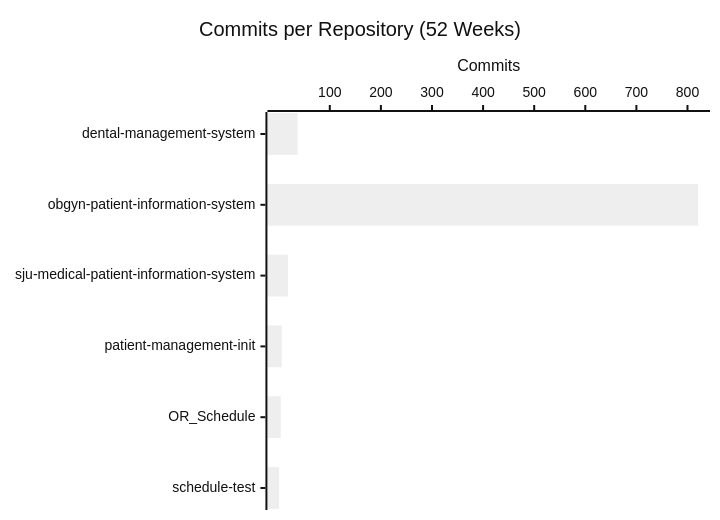
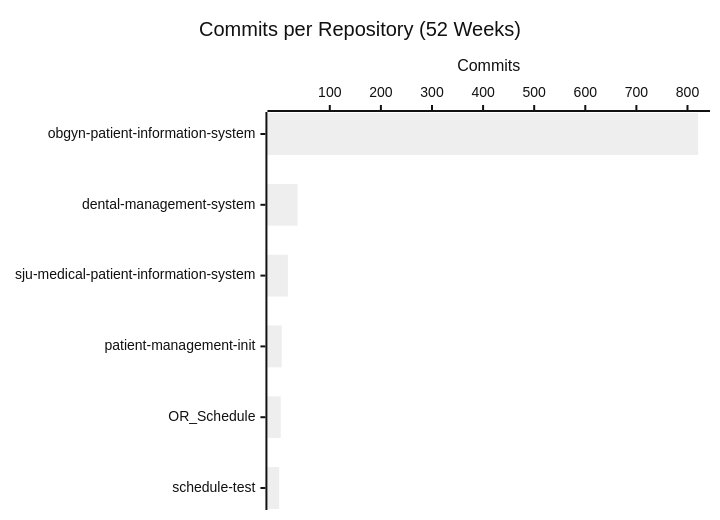
The second of 4 diagrams in profile/README.md (CSTH-Projects/.github), drawn with Mermaid (neutral theme) before and after one commit. The commit also changed other lines of this file, not shown here.

````diff
--- a/profile/README.md
+++ b/profile/README.md
@@ -24,7 +24,7 @@
 ```mermaid
 xychart-beta horizontal
     title "Commits per Repository (52 Weeks)"
-    x-axis ["dental-management-system", "obgyn-patient-information-system", "sju-medical-patient-information-system", "patient-management-init", "OR_Schedule", "schedule-test"]
+    x-axis ["obgyn-patient-information-system", "dental-management-system", "sju-medical-patient-information-system", "patient-management-init", "OR_Schedule", "schedule-test"]
     y-axis "Commits"
-    bar [37, 821, 18, 6, 4, 1]
+    bar [821, 37, 18, 6, 4, 1]
 ```
````
